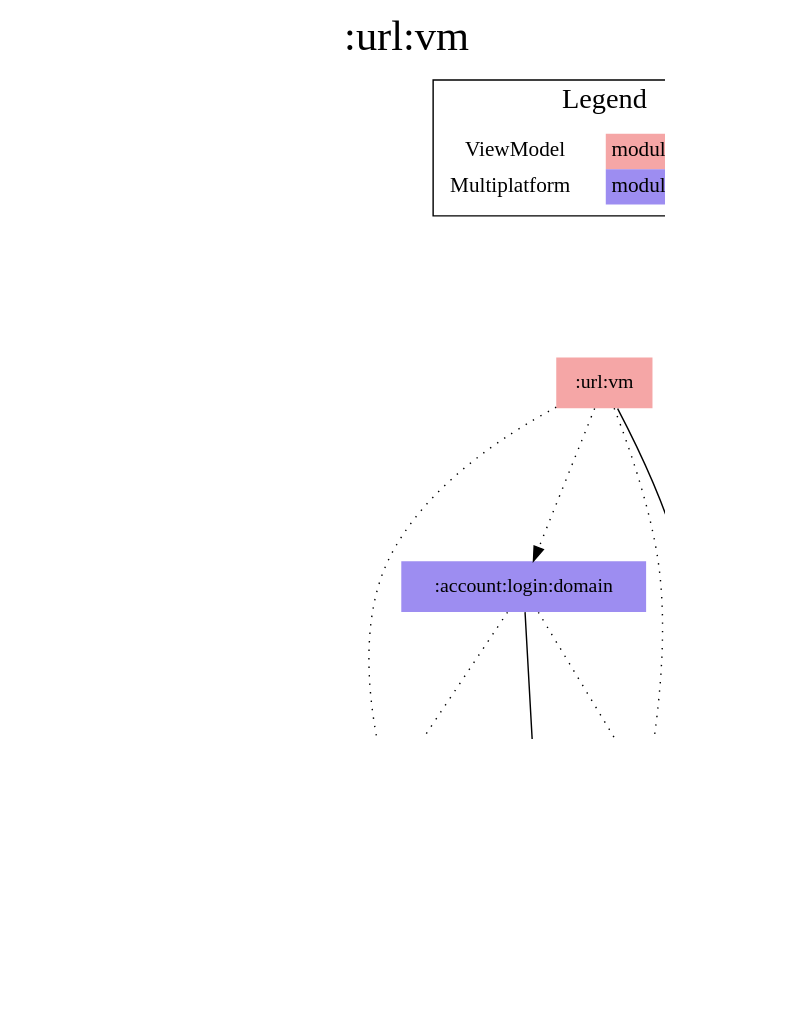
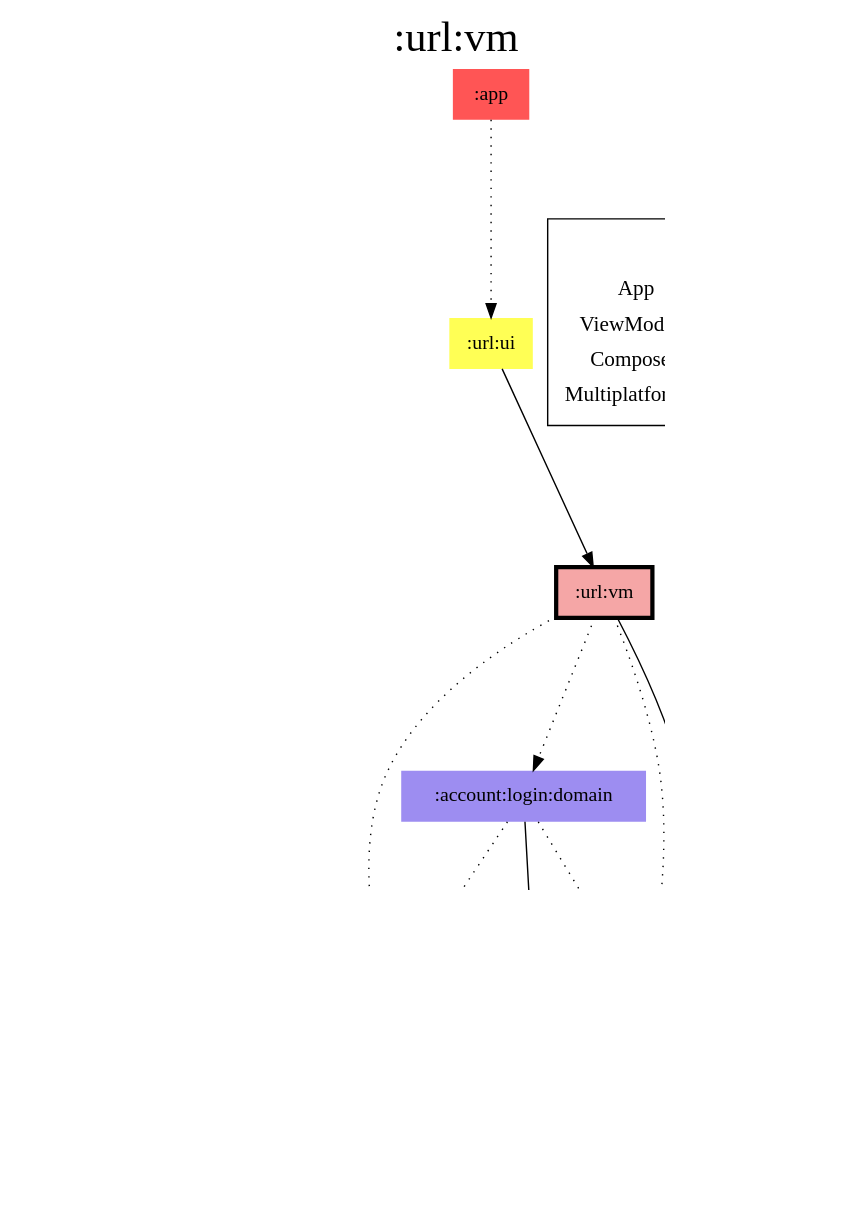
The diagram in modules/url/vm/modules.dot (jonapoul/aktual), drawn with Graphviz before and after one commit. The commit also changed 134 other files, not shown here.

Commit message:
Use gradle caching for module diagrams

```diff
--- a/modules/url/vm/modules.dot
+++ b/modules/url/vm/modules.dot
@@ -1,40 +1,47 @@
 digraph {
 edge ["dir"="forward"]
 graph ["dpi"="100","label"=":url:vm","labelloc"="t","fontsize"="30","ranksep"="1.5","rankdir"="TB"]
 node ["style"="filled"]
 ":account:login:domain" ["fillcolor"="#9D8DF1","shape"="none"]
 ":account:model" ["fillcolor"="#9D8DF1","shape"="none"]
 ":api:actual" ["fillcolor"="#9D8DF1","shape"="none"]
+":app" ["fillcolor"="#FF5555","shape"="none"]
 ":budget:model" ["fillcolor"="#9D8DF1","shape"="none"]
 ":codegen:annotation" ["fillcolor"="#9D8DF1","shape"="none"]
 ":core:model" ["fillcolor"="#9D8DF1","shape"="none"]
 ":prefs" ["fillcolor"="#9D8DF1","shape"="none"]
-":url:vm" ["fillcolor"="#F5A6A6","shape"="none"]
+":url:ui" ["fillcolor"="#FFFF55","shape"="none"]
+":url:vm" ["fillcolor"="#F5A6A6","color"="black","penwidth"="3","shape"="box"]
 {
 edge ["dir"="none"]
 graph ["rank"="same"]
+":url:vm"
 }
 ":account:login:domain" -> ":account:model"
 ":account:login:domain" -> ":api:actual" ["style"="dotted"]
 ":account:login:domain" -> ":prefs" ["style"="dotted"]
 ":api:actual" -> ":account:model"
 ":api:actual" -> ":budget:model"
 ":api:actual" -> ":codegen:annotation" ["style"="dotted"]
 ":api:actual" -> ":core:model"
+":app" -> ":url:ui" ["style"="dotted"]
 ":prefs" -> ":account:model"
 ":prefs" -> ":core:model"
+":url:ui" -> ":url:vm"
 ":url:vm" -> ":account:login:domain" ["style"="dotted"]
 ":url:vm" -> ":api:actual" ["style"="dotted"]
 ":url:vm" -> ":core:model"
 ":url:vm" -> ":prefs" ["style"="dotted"]
 subgraph "cluster_legend" {
 edge ["dir"="none"]
 graph ["label"="Legend","fontsize"="20"]
 "Legend" ["style"="filled","fillcolor"="#FFFFFF","shape"="none","margin"="0","fontsize"="15","label"=<
 <TABLE BORDER="0" CELLBORDER="0" CELLSPACING="0" CELLPADDING="4">
+<TR><TD>App</TD><TD BGCOLOR="#FF5555">module-name</TD></TR>
 <TR><TD>ViewModel</TD><TD BGCOLOR="#F5A6A6">module-name</TD></TR>
+<TR><TD>Compose</TD><TD BGCOLOR="#FFFF55">module-name</TD></TR>
 <TR><TD>Multiplatform</TD><TD BGCOLOR="#9D8DF1">module-name</TD></TR>
 </TABLE>
 >]
 } -> ":url:vm" ["style"="invis"]
 }
```
